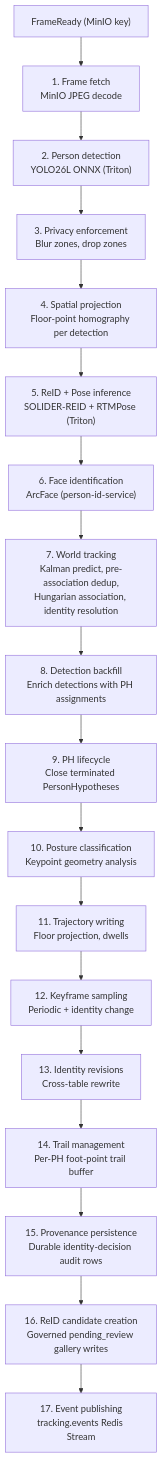
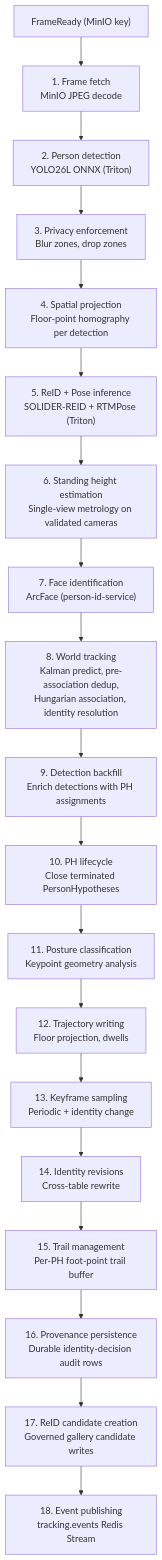
The first of 2 diagrams in docs/features/continuous-tracking/frame-pipeline.md (SilverMind-Project/SilverMind-Project.github.io), drawn with Mermaid before and after one commit. The commit also changed other lines of this file and 2 other files, not shown here.

Commit message:
docs(cts): document single-view standing height metrology, stage, and resolver channel

````diff
--- a/docs/features/continuous-tracking/frame-pipeline.md
+++ b/docs/features/continuous-tracking/frame-pipeline.md
@@ -5,39 +5,41 @@
 ```mermaid
 flowchart TB
     FrameReady["FrameReady (MinIO key)"]
     Fetch["1. Frame fetch\nMinIO JPEG decode"]
     Detect["2. Person detection\nYOLO26L ONNX (Triton)"]
     Privacy["3. Privacy enforcement\nBlur zones, drop zones"]
     Spatial["4. Spatial projection\nFloor-point homography per detection"]
     Inference["5. ReID + Pose inference\nSOLIDER-REID + RTMPose (Triton)"]
-    FaceID["6. Face identification\nArcFace (person-id-service)"]
-    World["7. World tracking\nKalman predict, pre-association dedup,\nHungarian association, identity resolution"]
-    Backfill["8. Detection backfill\nEnrich detections with PH assignments"]
-    ClosePH["9. PH lifecycle\nClose terminated PersonHypotheses"]
-    Posture["10. Posture classification\nKeypoint geometry analysis"]
-    Trajectory["11. Trajectory writing\nFloor projection, dwells"]
-    Keyframe["12. Keyframe sampling\nPeriodic + identity change"]
-    Revisions["13. Identity revisions\nCross-table rewrite"]
-    Trails["14. Trail management\nPer-PH foot-point trail buffer"]
-    Provenance["15. Provenance persistence\nDurable identity-decision audit rows"]
-    ReIDCandidate["16. ReID candidate creation\nGoverned pending_review gallery writes"]
-    Publish["17. Event publishing\ntracking.events Redis Stream"]
+    Height["6. Standing height estimation\nSingle-view metrology on validated cameras"]
+    FaceID["7. Face identification\nArcFace (person-id-service)"]
+    World["8. World tracking\nKalman predict, pre-association dedup,\nHungarian association, identity resolution"]
+    Backfill["9. Detection backfill\nEnrich detections with PH assignments"]
+    ClosePH["10. PH lifecycle\nClose terminated PersonHypotheses"]
+    Posture["11. Posture classification\nKeypoint geometry analysis"]
+    Trajectory["12. Trajectory writing\nFloor projection, dwells"]
+    Keyframe["13. Keyframe sampling\nPeriodic + identity change"]
+    Revisions["14. Identity revisions\nCross-table rewrite"]
+    Trails["15. Trail management\nPer-PH foot-point trail buffer"]
+    Provenance["16. Provenance persistence\nDurable identity-decision audit rows"]
+    ReIDCandidate["17. ReID candidate creation\nGoverned gallery candidate writes"]
+    Publish["18. Event publishing\ntracking.events Redis Stream"]
 
     FrameReady --> Fetch
     Fetch --> Detect
     Detect --> Privacy
     Privacy --> Spatial
     Spatial --> Inference
-    Inference --> FaceID
+    Inference --> Height
+    Height --> FaceID
     FaceID --> World
     World --> Backfill
     Backfill --> ClosePH
     ClosePH --> Posture
     Posture --> Trajectory
     Trajectory --> Keyframe
     Keyframe --> Revisions
     Revisions --> Trails
     Trails --> Provenance
     Provenance --> ReIDCandidate
     ReIDCandidate --> Publish
 ```
````
